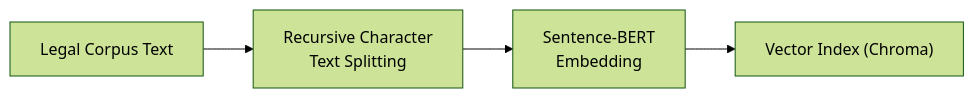
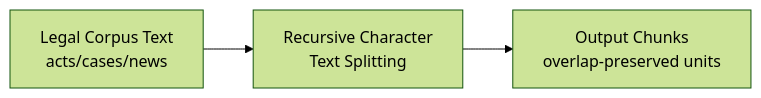
The second of 8 diagrams in docs/implementation.md (delisha02/droitdraft), drawn with Mermaid (forest theme) before and after one commit. The commit also changed other lines of this file, not shown here.

````diff
--- a/docs/implementation.md
+++ b/docs/implementation.md
@@ -83,6 +60,8 @@
 ```mermaid
 flowchart LR
-    KB["Legal Corpus Text"] --> CH["Recursive Character\nText Splitting"]
-    CH --> EM["Sentence-BERT\nEmbedding"]
-    EM --> IDX["Vector Index (Chroma)"]
+    KB["Legal Corpus Text
+acts/cases/news"] --> CH["Recursive Character
+Text Splitting"]
+    CH --> CK["Output Chunks
+overlap-preserved units"]
 ```
````
